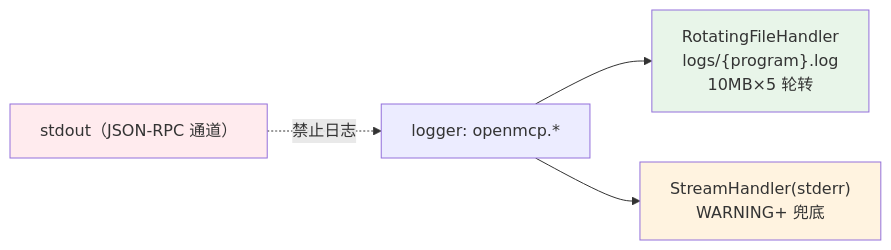
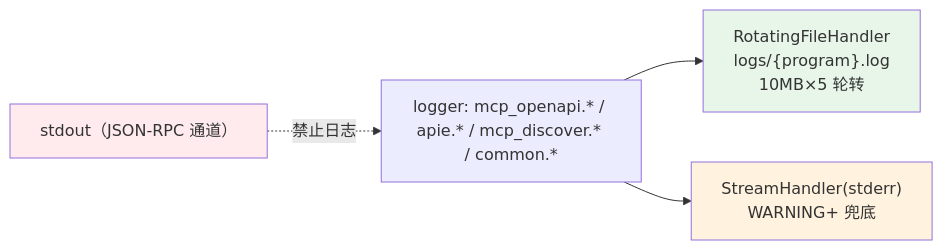
One commit to huaweicloud-mate/huaweicloud-open-mcp changed the ninth of 9 diagrams in docs/design.md. Above: the diagram before and after it, drawn with Mermaid. The commit also changed other lines of this file and 93 other files, not shown here.

````diff
--- a/docs/design.md
+++ b/docs/design.md
@@ -301,10 +309,10 @@
 ```mermaid
 flowchart LR
-    A["logger: openmcp.*"] --> B["RotatingFileHandler<br/>logs/{program}.log<br/>10MB×5 轮转"]
+    A["logger: mcp_openapi.* / apie.* / mcp_discover.* / common.*"] --> B["RotatingFileHandler<br/>logs/{program}.log<br/>10MB×5 轮转"]
     A --> C["StreamHandler(stderr)<br/>WARNING+ 兜底"]
     D["stdout（JSON-RPC 通道）"] -. "禁止日志" .-> A
 
     style B fill:#e8f5e9
     style C fill:#fff3e0
     style D fill:#ffebee
 ```
````
